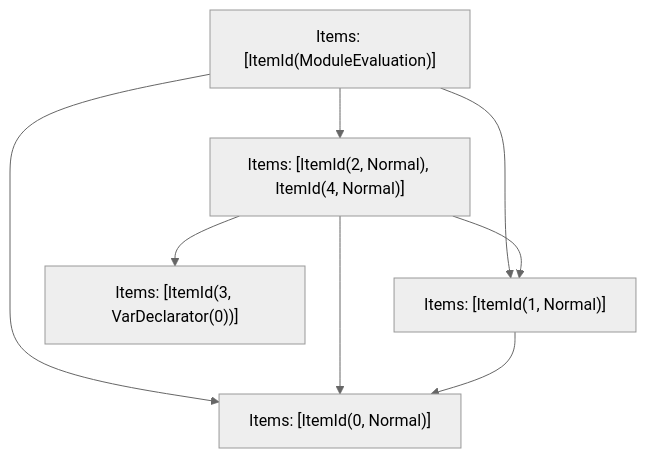
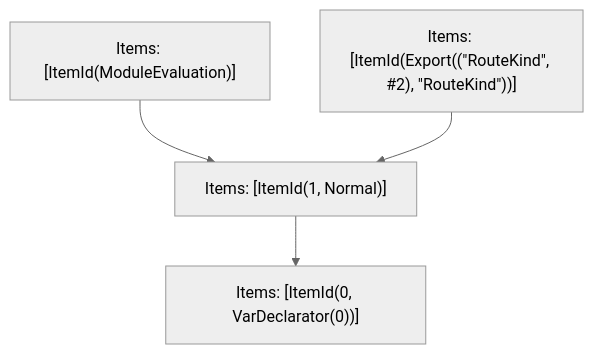
Before and after one commit to vercel/turborepo: the fifth of 5 diagrams in crates/turbopack-ecmascript/tests/tree-shaker/analyzer/route-kind/output.md, drawn with Mermaid (neutral theme). The commit also changed other lines of this file, not shown here.

````diff
--- a/crates/turbopack-ecmascript/tests/tree-shaker/analyzer/route-kind/output.md
+++ b/crates/turbopack-ecmascript/tests/tree-shaker/analyzer/route-kind/output.md
@@ -140,15 +77,10 @@
 ```mermaid
 graph TD
     N0["Items: [ItemId(ModuleEvaluation)]"];
-    N1["Items: [ItemId(2, Normal), ItemId(4, Normal)]"];
-    N2["Items: [ItemId(0, Normal)]"];
+    N1["Items: [ItemId(Export((&quot;RouteKind&quot;, #2), &quot;RouteKind&quot;))]"];
+    N2["Items: [ItemId(0, VarDeclarator(0))]"];
     N3["Items: [ItemId(1, Normal)]"];
-    N4["Items: [ItemId(3, VarDeclarator(0))]"];
-    N0 --> N2;
     N0 --> N3;
-    N0 --> N1;
-    N1 --> N2;
     N1 --> N3;
-    N1 --> N4;
     N3 --> N2;
 ```
````
